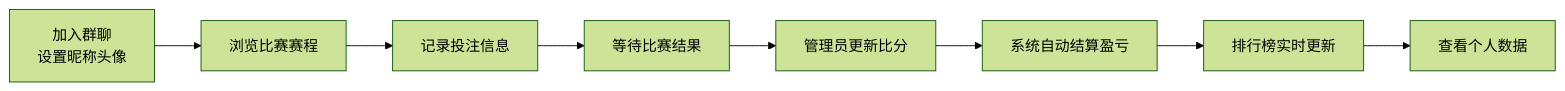
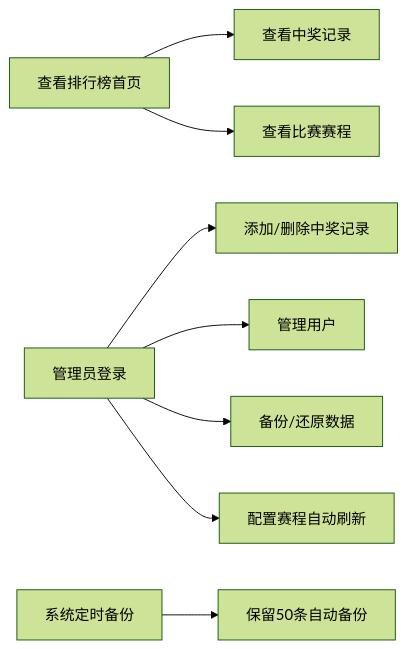
The diagram in .trae/documents/PRD-世界杯体彩收支统计排行榜.md (x1ngodlike/ranking-website), drawn with Mermaid (forest theme) before and after one commit. The commit also changed other lines of this file and 5 other files, not shown here.

````diff
--- a/.trae/documents/PRD-世界杯体彩收支统计排行榜.md
+++ b/.trae/documents/PRD-世界杯体彩收支统计排行榜.md
@@ -48,10 +51,10 @@
 ```mermaid
 flowchart LR
-    A["加入群聊<br/>设置昵称头像"] --> B["浏览比赛赛程"]
-    B --> C["记录投注信息"]
-    C --> D["等待比赛结果"]
-    D --> E["管理员更新比分"]
-    E --> F["系统自动结算盈亏"]
-    F --> G["排行榜实时更新"]
-    G --> H["查看个人数据"]
+    A["查看排行榜首页"] --> B["查看中奖记录"]
+    A --> C["查看比赛赛程"]
+    D["管理员登录"] --> E["添加/删除中奖记录"]
+    D --> F["管理用户"]
+    D --> G["备份/还原数据"]
+    D --> H["配置赛程自动刷新"]
+    I["系统定时备份"] --> J["保留50条自动备份"]
 ```
````
